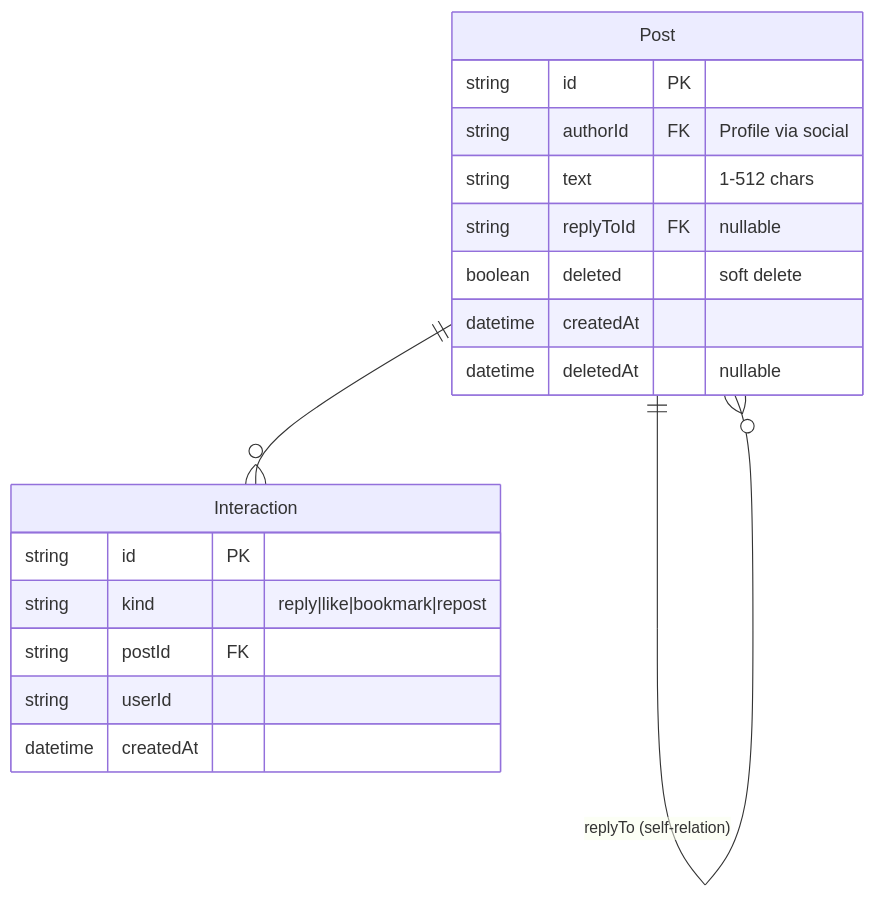
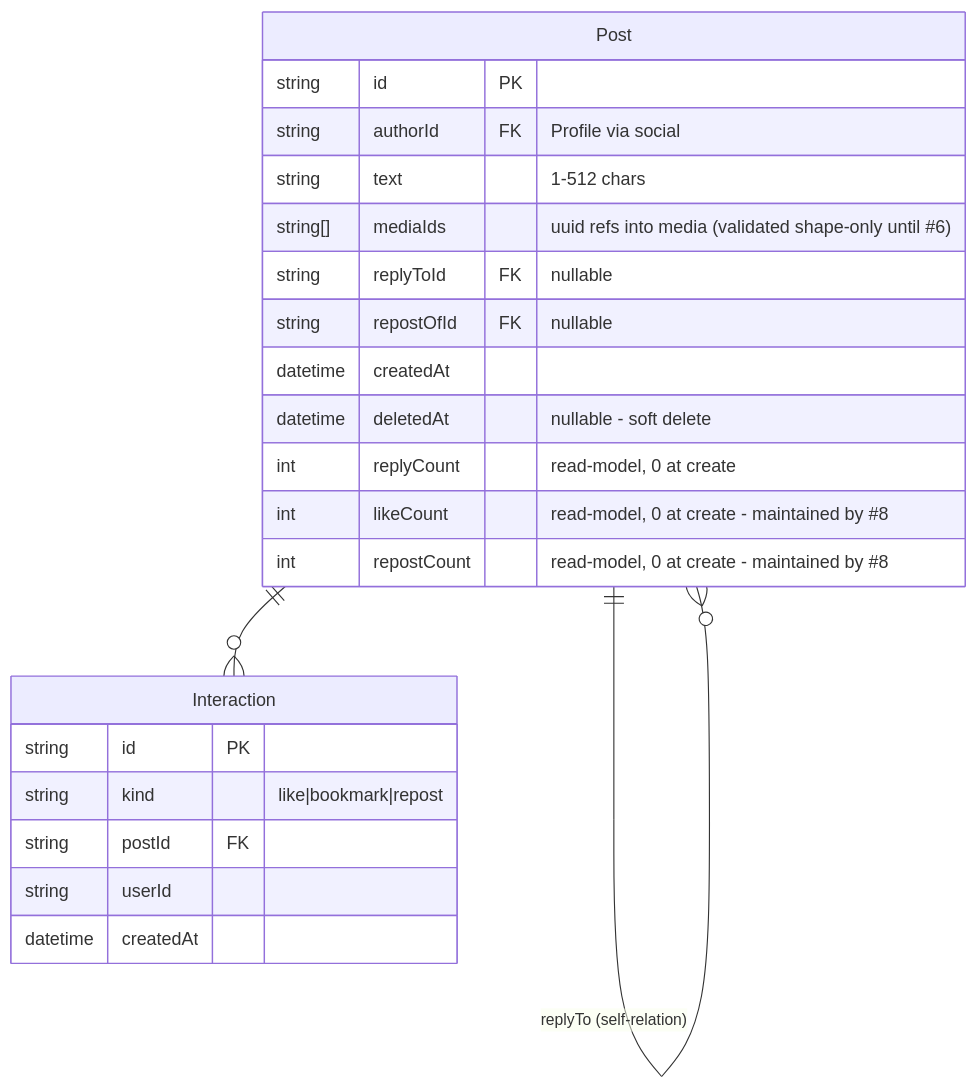
The second of 5 diagrams in docs/specs/data/01-storage-model.md (jdc-projects/xitter), drawn with Mermaid before and after one commit. The commit also changed other lines of this file and 9 other files, not shown here.

````diff
--- a/docs/specs/data/01-storage-model.md
+++ b/docs/specs/data/01-storage-model.md
@@ -53,21 +53,25 @@
 ```mermaid
 erDiagram
     Post ||--o{ Post : "replyTo (self-relation)"
     Post ||--o{ Interaction : ""
     Post {
         string id PK
         string authorId FK "Profile via social"
         string text "1-512 chars"
+        string[] mediaIds "uuid refs into media (validated shape-only until #6)"
         string replyToId FK "nullable"
-        boolean deleted "soft delete"
+        string repostOfId FK "nullable"
         datetime createdAt
-        datetime deletedAt "nullable"
+        datetime deletedAt "nullable - soft delete"
+        int replyCount "read-model, 0 at create"
+        int likeCount "read-model, 0 at create - maintained by #8"
+        int repostCount "read-model, 0 at create - maintained by #8"
     }
     Interaction {
         string id PK
-        string kind "reply|like|bookmark|repost"
+        string kind "like|bookmark|repost"
         string postId FK
         string userId
         datetime createdAt
     }
 ```
````
